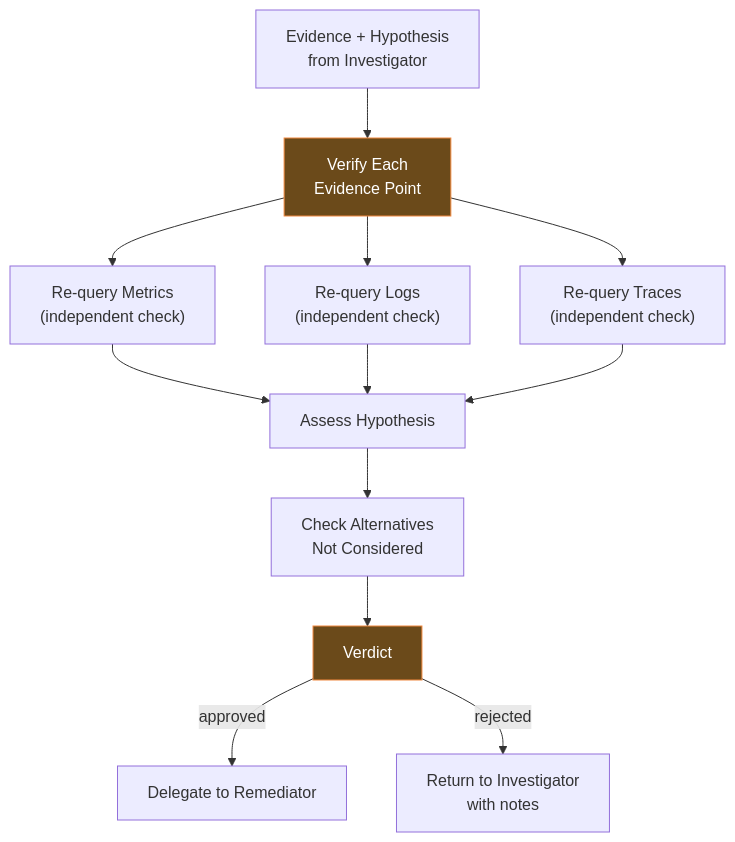
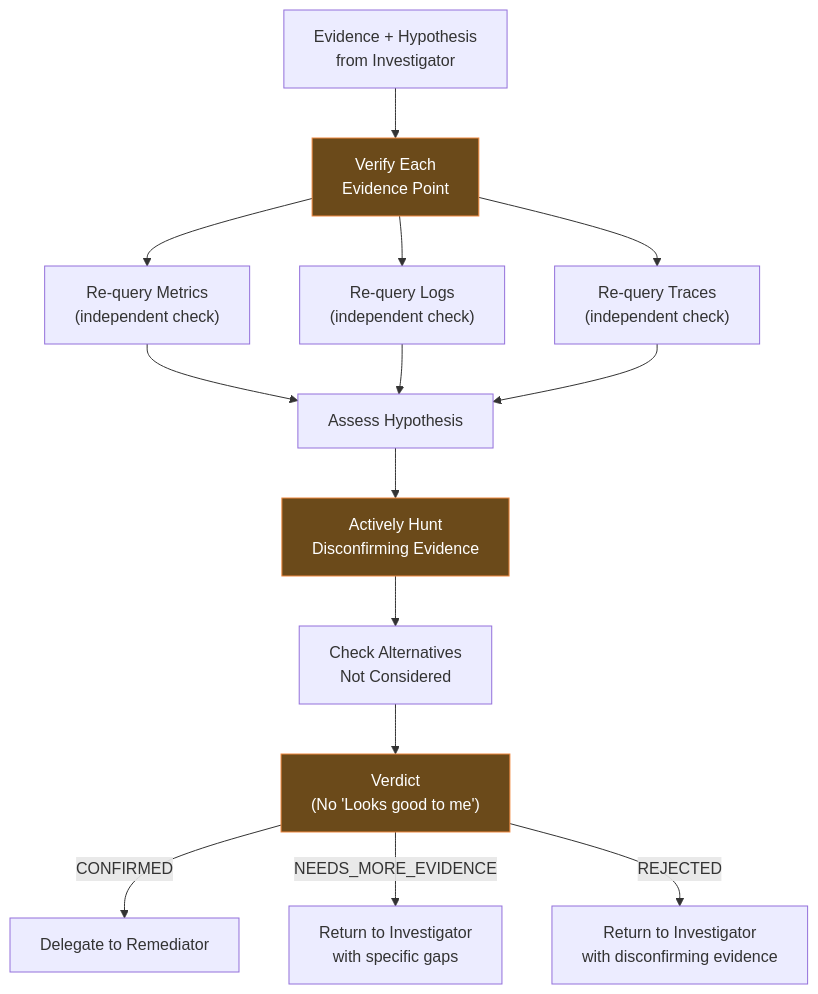
Before and after one commit to telemetryflow/telemetryflow-hermes: the first of 3 diagrams in docs/agents/reviewer.md, drawn with Mermaid. The commit also changed other lines of this file and 63 other files, not shown here.

````diff
--- a/docs/agents/reviewer.md
+++ b/docs/agents/reviewer.md
@@ -7,17 +7,20 @@
 ```mermaid
 graph TD
     INPUT["Evidence + Hypothesis<br/>from Investigator"] --> VERIFY["Verify Each<br/>Evidence Point"]
     VERIFY --> M["Re-query Metrics<br/>(independent check)"]
     VERIFY --> L["Re-query Logs<br/>(independent check)"]
     VERIFY --> T["Re-query Traces<br/>(independent check)"]
     M --> ASSESS["Assess Hypothesis"]
     L --> ASSESS
     T --> ASSESS
-    ASSESS --> ALT["Check Alternatives<br/>Not Considered"]
-    ALT --> VERDICT["Verdict"]
-    VERDICT -->|"approved"| REM["Delegate to Remediator"]
-    VERDICT -->|"rejected"| INV["Return to Investigator<br/>with notes"]
+    ASSESS --> HUNT["Actively Hunt<br/>Disconfirming Evidence"]
+    HUNT --> ALT["Check Alternatives<br/>Not Considered"]
+    ALT --> VERDICT["Verdict<br/>(No 'Looks good to me')"]
+    VERDICT -->|"CONFIRMED"| REM["Delegate to Remediator"]
+    VERDICT -->|"NEEDS_MORE_EVIDENCE"| INV["Return to Investigator<br/>with specific gaps"]
+    VERDICT -->|"REJECTED"| INV2["Return to Investigator<br/>with disconfirming evidence"]
 
     style VERIFY fill:#6b4a1a,stroke:#f0883e,color:#fff
+    style HUNT fill:#6b4a1a,stroke:#f0883e,color:#fff
     style VERDICT fill:#6b4a1a,stroke:#f0883e,color:#fff
 ```
````
